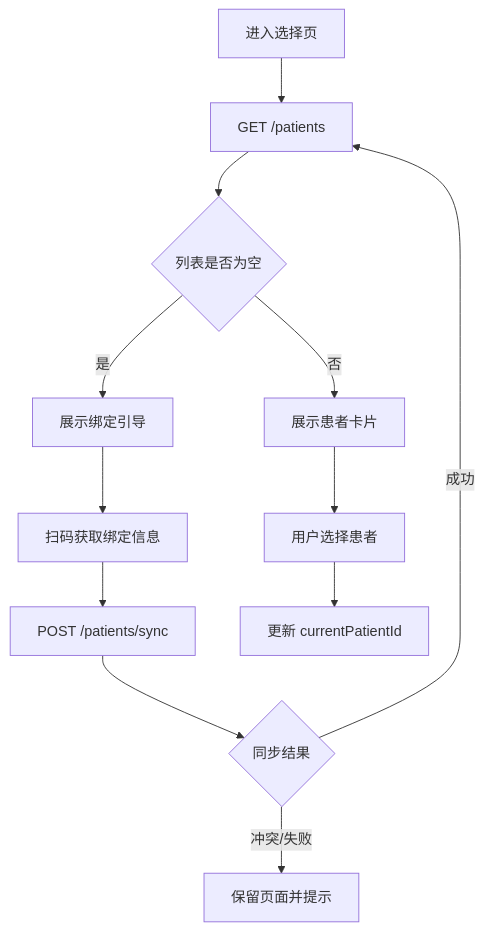
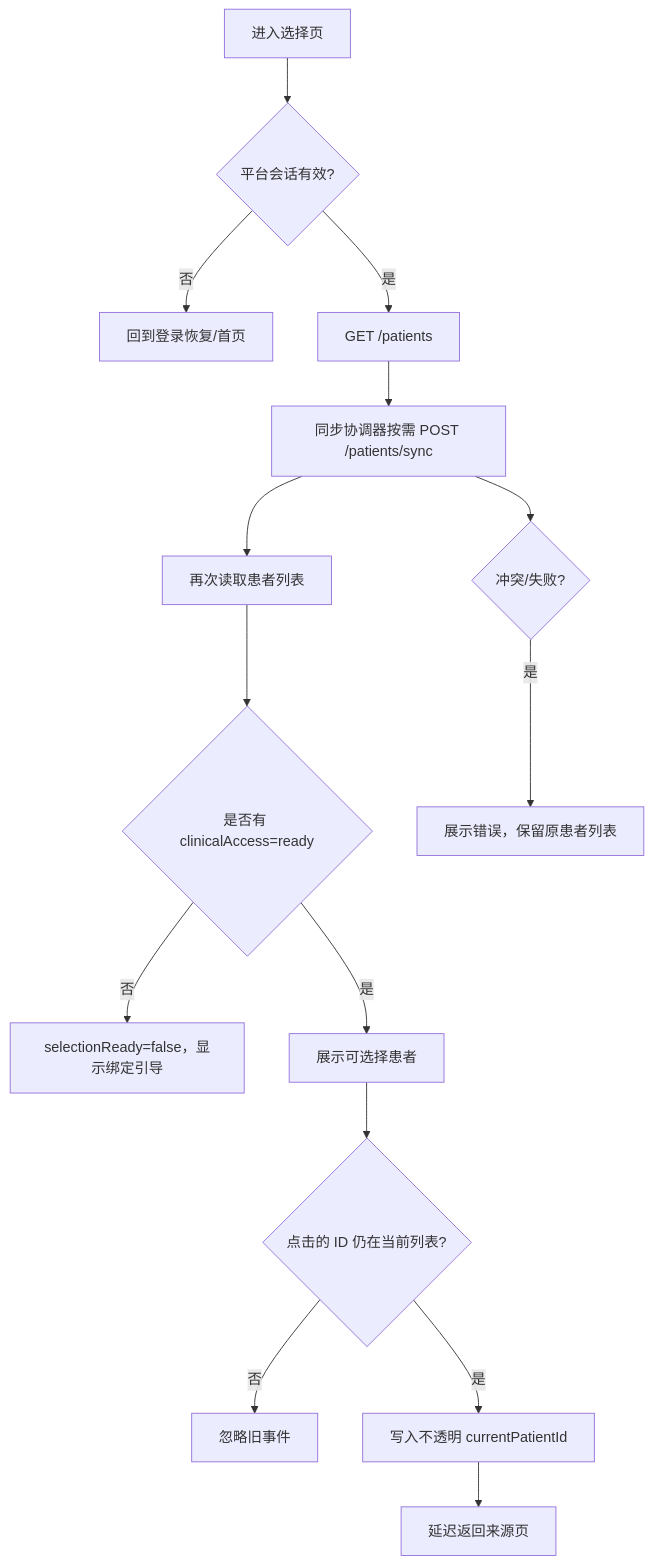
One commit to puzzle-fuzzy/hospital-platform changed the diagram in docs/obsidian/01-页面地图/就诊人选择.md. Above: the diagram before and after it, drawn with Mermaid. The commit also changed other lines of this file and 38 other files, not shown here.

````diff
--- a/docs/obsidian/01-页面地图/就诊人选择.md
+++ b/docs/obsidian/01-页面地图/就诊人选择.md
@@ -24,14 +24,17 @@
 ```mermaid
 flowchart TD
-    A[进入选择页] --> B[GET /patients]
-    B --> C{列表是否为空}
-    C -- 否 --> D[展示患者卡片]
-    C -- 是 --> E[展示绑定引导]
-    D --> F[用户选择患者]
-    E --> G[扫码获取绑定信息]
-    G --> H[POST /patients/sync]
-    H --> I{同步结果}
-    I -- 成功 --> B
-    I -- 冲突/失败 --> J[保留页面并提示]
-    F --> K[更新 currentPatientId]
+    A[进入选择页] --> B{平台会话有效?}
+    B -- 否 --> C[回到登录恢复/首页]
+    B -- 是 --> D[GET /patients]
+    D --> E[同步协调器按需 POST /patients/sync]
+    E --> F[再次读取患者列表]
+    F --> G{是否有 clinicalAccess=ready}
+    G -- 否 --> H[selectionReady=false，显示绑定引导]
+    G -- 是 --> I[展示可选择患者]
+    I --> J{点击的 ID 仍在当前列表?}
+    J -- 否 --> K[忽略旧事件]
+    J -- 是 --> L[写入不透明 currentPatientId]
+    L --> M[延迟返回来源页]
+    E --> N{冲突/失败?}
+    N -- 是 --> O[展示错误，保留原患者列表]
 ```
````
